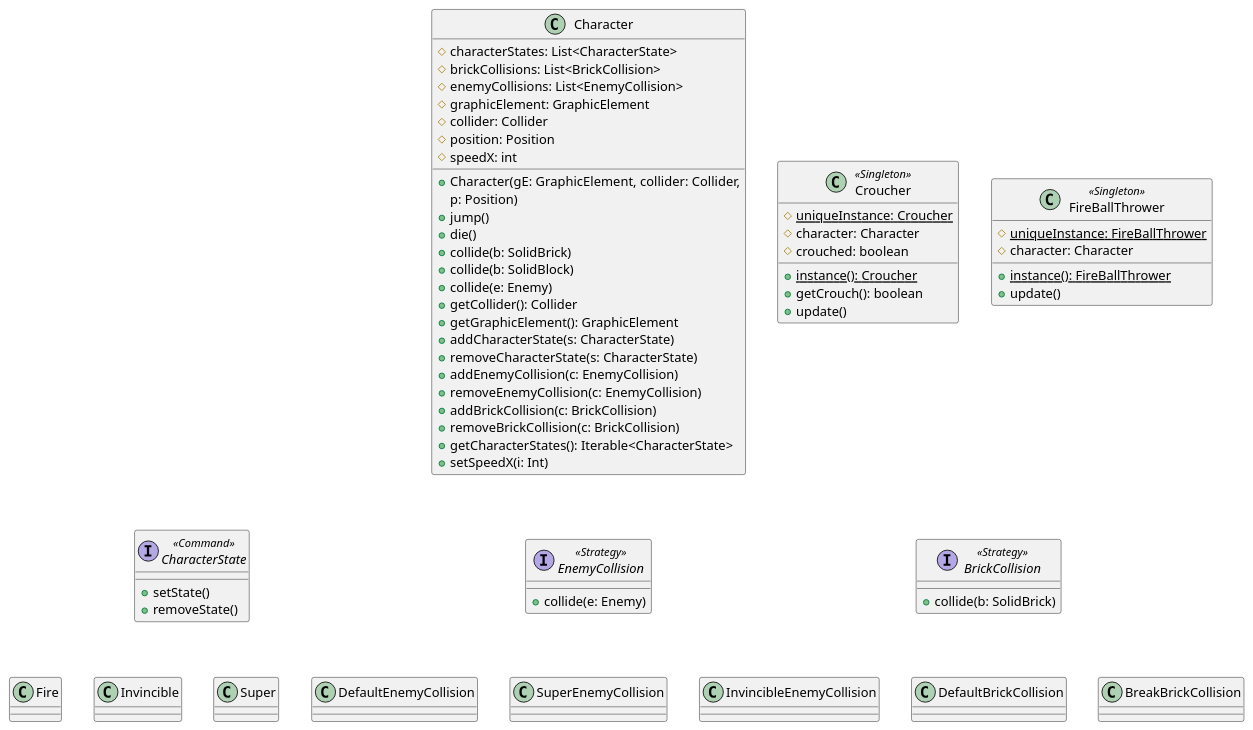
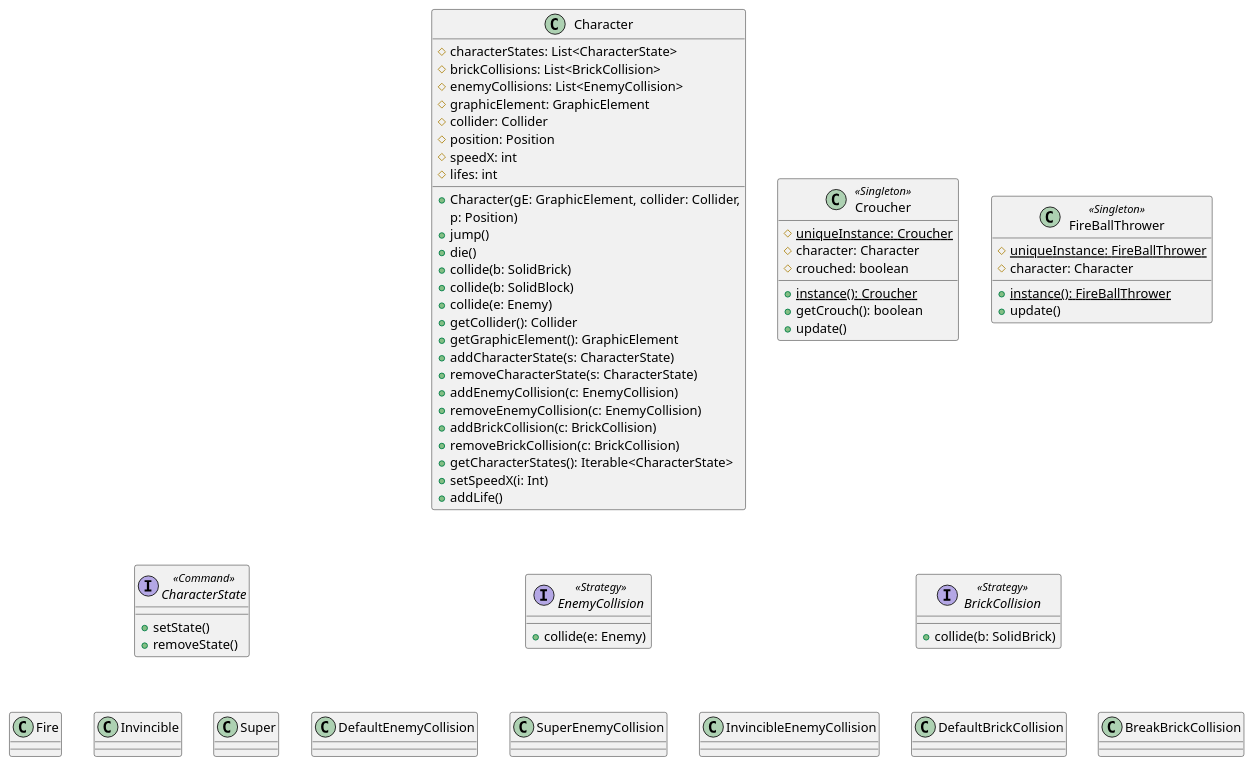
One commit to giuli635/SuperMarioBros changed the diagram in Diagramas/diagramas/diagrama-extendido-character.puml. Above: the diagram before and after it, drawn with PlantUML. The commit also changed 9 other files, not shown here.

Commit message:
Diagramas para la defensa 4

```diff
--- a/Diagramas/diagramas/diagrama-extendido-character.puml
+++ b/Diagramas/diagramas/diagrama-extendido-character.puml
@@ -1,75 +1,77 @@
 @startuml
 class Character {
     #characterStates: List<CharacterState>
     #brickCollisions: List<BrickCollision>
     #enemyCollisions: List<EnemyCollision>
     #graphicElement: GraphicElement
     #collider: Collider
     #position: Position
     #speedX: int
+    #lifes: int
     +Character(gE: GraphicElement, collider: Collider, 
     p: Position)
     +jump()
     +die()
     +collide(b: SolidBrick)
     +collide(b: SolidBlock)
     +collide(e: Enemy)
     +getCollider(): Collider
     +getGraphicElement(): GraphicElement
     +addCharacterState(s: CharacterState)
     +removeCharacterState(s: CharacterState)
     +addEnemyCollision(c: EnemyCollision)
     +removeEnemyCollision(c: EnemyCollision)
     +addBrickCollision(c: BrickCollision)
     +removeBrickCollision(c: BrickCollision)
     +getCharacterStates(): Iterable<CharacterState>
     +setSpeedX(i: Int)
+    +addLife()
 }
 
 interface BrickCollision <<Strategy>> {
     +collide(b: SolidBrick)
 }
 
 DefaultBrickCollision .u[hidden].|> BrickCollision
 BreakBrickCollision .u[hidden].|> BrickCollision
 
 interface EnemyCollision <<Strategy>> {
     +collide(e: Enemy)
 }
 
 DefaultEnemyCollision .u[hidden].|> EnemyCollision
 SuperEnemyCollision .u[hidden].|> EnemyCollision
 InvincibleEnemyCollision .u[hidden].|> EnemyCollision
 
 together {
     class FireBallThrower <<Singleton>> {
         #{static} uniqueInstance: FireBallThrower
         +{static} instance(): FireBallThrower
         #character: Character
         +update()
     }
 
     class Croucher <<Singleton>> {
         #{static} uniqueInstance: Croucher
         +{static} instance(): Croucher
         #character: Character
         #crouched: boolean
         +getCrouch(): boolean
         +update()
     }
 }
 
 interface CharacterState <<Command>> {
     +setState()
     +removeState()
 }
 
 Fire .u[hidden].|> CharacterState
 Invincible .u[hidden].|> CharacterState
 Super .u[hidden].|> CharacterState
 
 ' FORMATTING
 Character -d[hidden]-> BrickCollision
 Character -d[hidden]-> EnemyCollision
 Character -d[hidden]-> CharacterState
 @enduml
```
